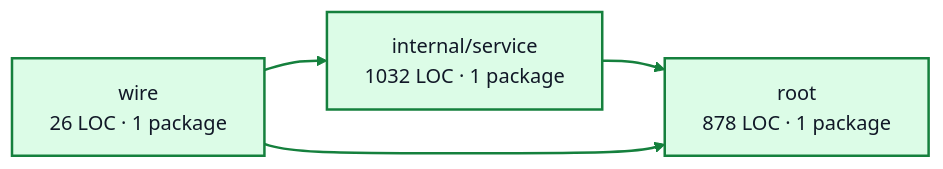
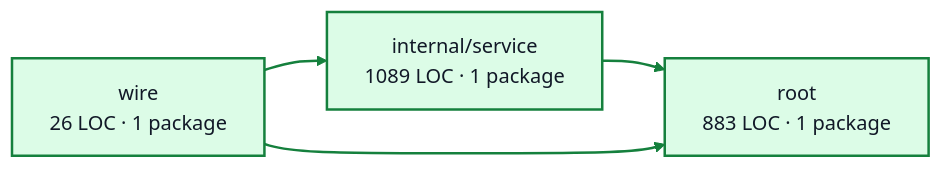
The diagram in docs/architecture/visualizations/services/events.md (portpowered/you-agent-factory), drawn with Mermaid before and after one commit. The commit also changed other lines of this file and 20 other files, not shown here.

Commit message:
docs: refresh backend architecture visualizations

````diff
--- a/docs/architecture/visualizations/services/events.md
+++ b/docs/architecture/visualizations/services/events.md
@@ -11,13 +11,13 @@
 ```mermaid
 flowchart LR
-  p0["internal/service<br/>1032 LOC · 1 package"]
-  p1["root<br/>878 LOC · 1 package"]
+  p0["internal/service<br/>1089 LOC · 1 package"]
+  p1["root<br/>883 LOC · 1 package"]
   p2["wire<br/>26 LOC · 1 package"]
   p0 --> p1
   p2 --> p0
   p2 --> p1
   style p0 fill:#dcfce7,stroke:#15803d,stroke-width:2px,color:#111827
   style p1 fill:#dcfce7,stroke:#15803d,stroke-width:2px,color:#111827
   style p2 fill:#dcfce7,stroke:#15803d,stroke-width:2px,color:#111827
   linkStyle default stroke:#15803d,stroke-width:2px
 ```
````
